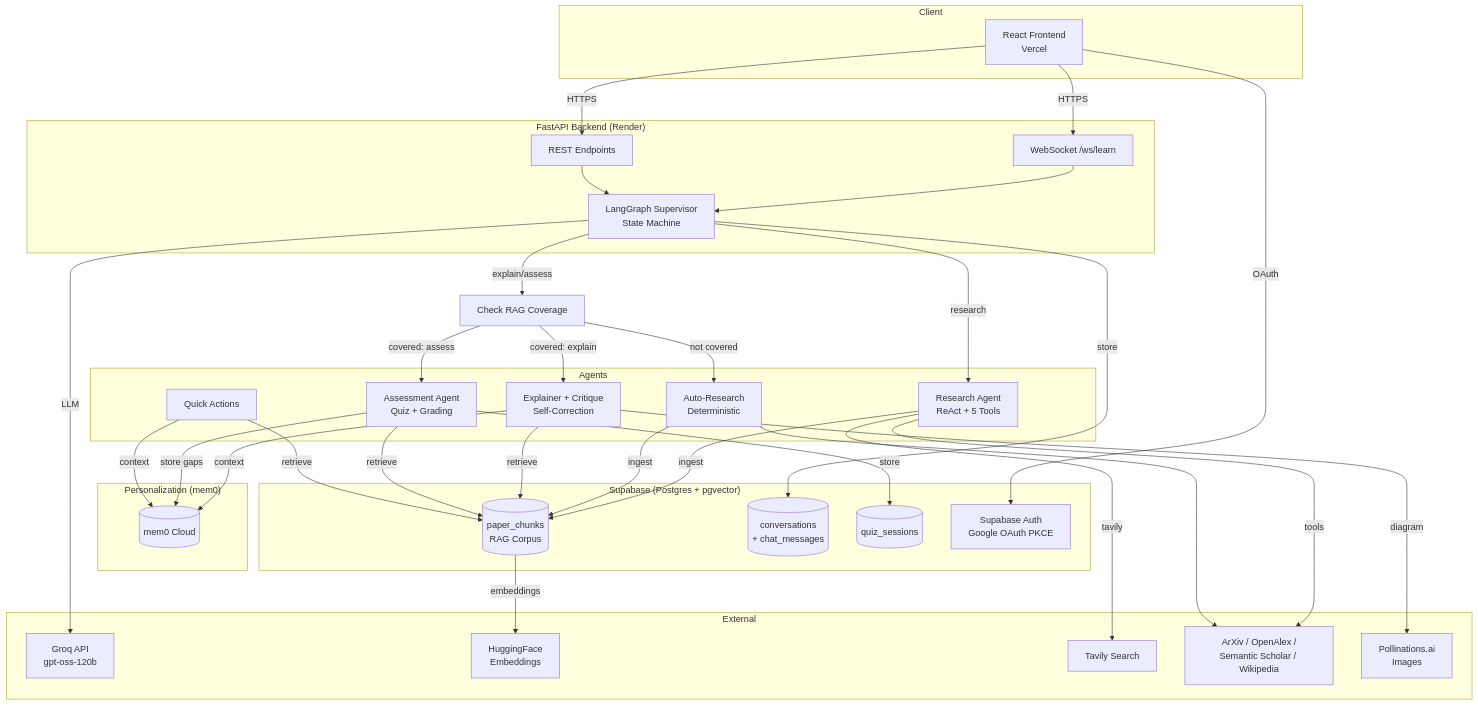
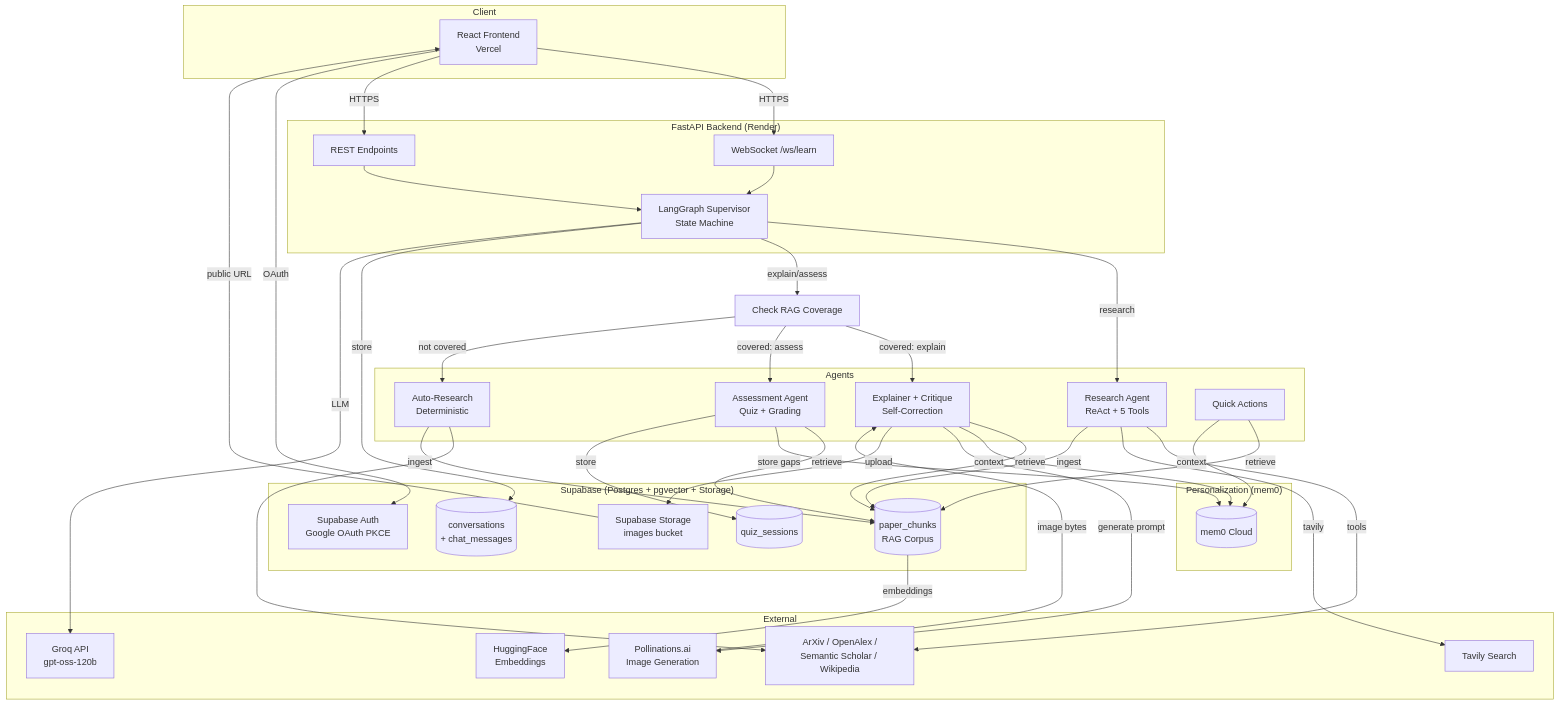
The diagram in README.md (PrashantAghara/learn-loop), drawn with Mermaid before and after one commit. The commit also changed other lines of this file and 2 other files, not shown here.

Commit message:
Updated architecture diagrma

````diff
--- a/README.md
+++ b/README.md
@@ -13,73 +13,78 @@
 ```mermaid
 flowchart TD
     subgraph Client
         UI[React Frontend<br/>Vercel]
     end
 
     subgraph Backend["FastAPI Backend (Render)"]
         WS[WebSocket /ws/learn]
         REST[REST Endpoints]
         Supervisor[LangGraph Supervisor<br/>State Machine]
     end
 
     subgraph Agents
         Research[Research Agent<br/>ReAct + 5 Tools]
         AutoResearch[Auto-Research<br/>Deterministic]
         Explainer[Explainer + Critique<br/>Self-Correction]
         Assessment[Assessment Agent<br/>Quiz + Grading]
         QuickActions[Quick Actions]
     end
 
     subgraph Memory["Personalization (mem0)"]
         MemStore[(mem0 Cloud)]
     end
 
-    subgraph Data["Supabase (Postgres + pgvector)"]
+    subgraph Data["Supabase (Postgres + pgvector + Storage)"]
         RAG[(paper_chunks<br/>RAG Corpus)]
         Conversations[(conversations<br/>+ chat_messages)]
         Quizzes[(quiz_sessions)]
         Auth[Supabase Auth<br/>Google OAuth PKCE]
+        Storage[Supabase Storage<br/>images bucket]
     end
 
     subgraph External
         Groq[Groq API<br/>gpt-oss-120b]
         HF[HuggingFace<br/>Embeddings]
         Tavily[Tavily Search]
         Sources[ArXiv / OpenAlex /<br/>Semantic Scholar / Wikipedia]
-        Pollinations[Pollinations.ai<br/>Images]
+        Pollinations[Pollinations.ai<br/>Image Generation]
     end
 
     UI -->|HTTPS| WS
     UI -->|HTTPS| REST
     UI -->|OAuth| Auth
 
     WS --> Supervisor
     REST --> Supervisor
 
     Supervisor -->|research| Research
     Supervisor -->|explain/assess| CheckSources[Check RAG Coverage]
     CheckSources -->|covered: explain| Explainer
     CheckSources -->|covered: assess| Assessment
     CheckSources -->|not covered| AutoResearch
 
     Research -->|tools| Sources
     Research -->|tavily| Tavily
     AutoResearch --> Sources
 
     Research -->|ingest| RAG
     AutoResearch -->|ingest| RAG
 
     Explainer -->|retrieve| RAG
     Explainer -->|context| MemStore
     Assessment -->|retrieve| RAG
     Assessment -->|store gaps| MemStore
     QuickActions -->|retrieve| RAG
     QuickActions -->|context| MemStore
 
-    Explainer -->|diagram| Pollinations
+    Explainer -->|generate prompt| Pollinations
+    Pollinations -->|image bytes| Explainer
+    Explainer -->|upload| Storage
+    Storage -->|public URL| UI
+
     Supervisor -->|store| Conversations
     Assessment -->|store| Quizzes
 
     Supervisor -->|LLM| Groq
     RAG -->|embeddings| HF
 ```
````
